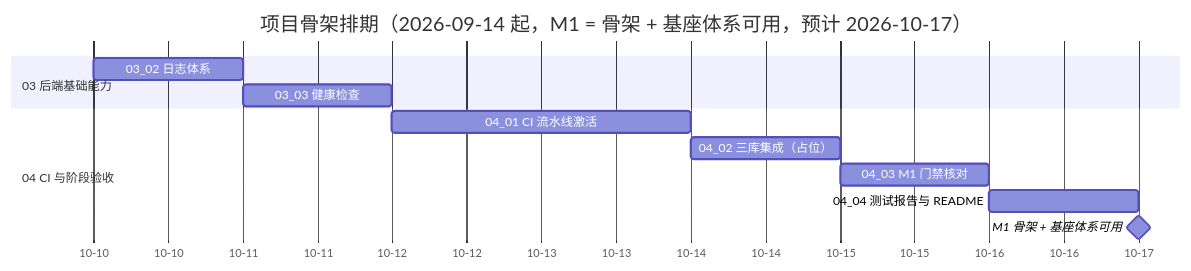
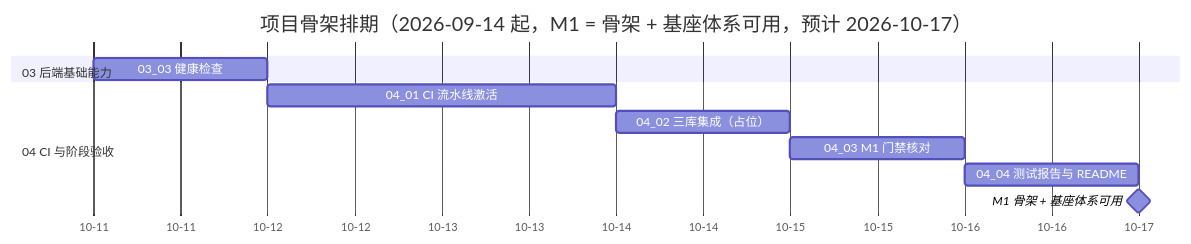
Before and after one commit to minjian123/basic-management-system: the diagram in bms文档/项目/01_项目骨架/计划/01_计划_项目骨架.md, drawn with Mermaid. The commit also changed other lines of this file and 14 other files, not shown here.

````diff
--- a/bms文档/项目/01_项目骨架/计划/01_计划_项目骨架.md
+++ b/bms文档/项目/01_项目骨架/计划/01_计划_项目骨架.md
@@ -112,15 +112,14 @@
 ```mermaid
 gantt
     title 项目骨架排期（2026-09-14 起，M1 = 骨架 + 基座体系可用，预计 2026-10-17）
     dateFormat  YYYY-MM-DD
     axisFormat %m-%d
     section 03 后端基础能力
-    03_02 日志体系         :a32, 2026-10-10, 1d
     03_03 健康检查         :a33, 2026-10-11, 1d
     section 04 CI 与阶段验收
     04_01 CI 流水线激活    :a41, 2026-10-12, 2d
     04_02 三库集成（占位） :a42, 2026-10-14, 1d
     04_03 M1 门禁核对      :a43, 2026-10-15, 1d
     04_04 测试报告与 README :a44, 2026-10-16, 1d
     M1 骨架 + 基座体系可用 :milestone, m1, 2026-10-17, 0d
 ```
````
